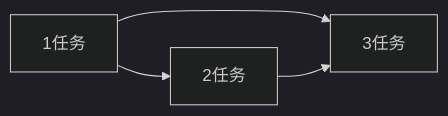
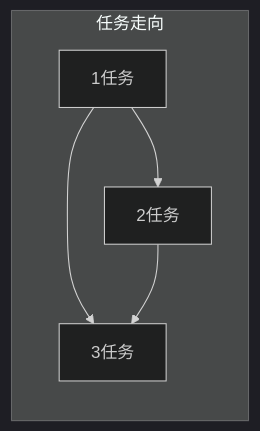
One commit to wujftjy/mochandover changed the first of 3 diagrams in 成套性/数据集成套性.md. Above: the diagram before and after it, drawn with Mermaid (dark theme). The commit also changed other lines of this file and 2 other files, not shown here.

````diff
--- a/成套性/数据集成套性.md
+++ b/成套性/数据集成套性.md
@@ -22,7 +22,8 @@
 ```mermaid
 graph LR;
+subgraph 任务走向
 1任务-->2任务;
 1任务-->3任务;
 2任务-->3任务;
-
+end
 ```
````
